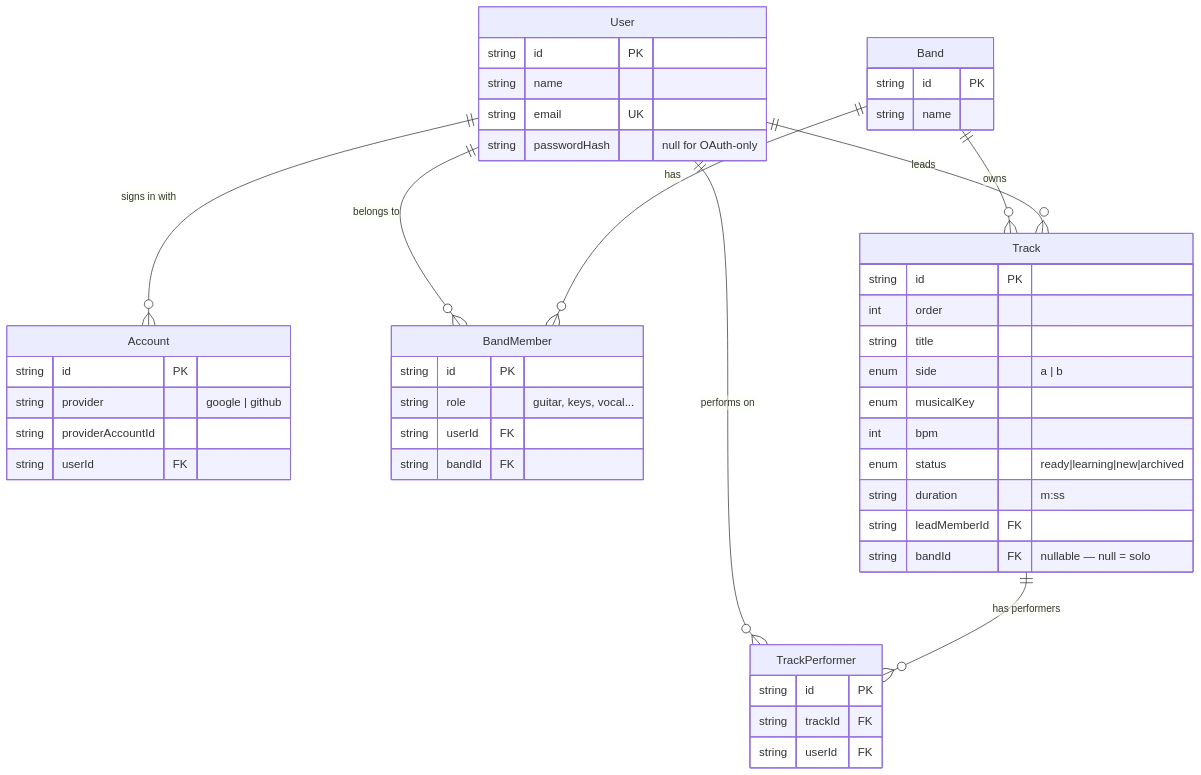
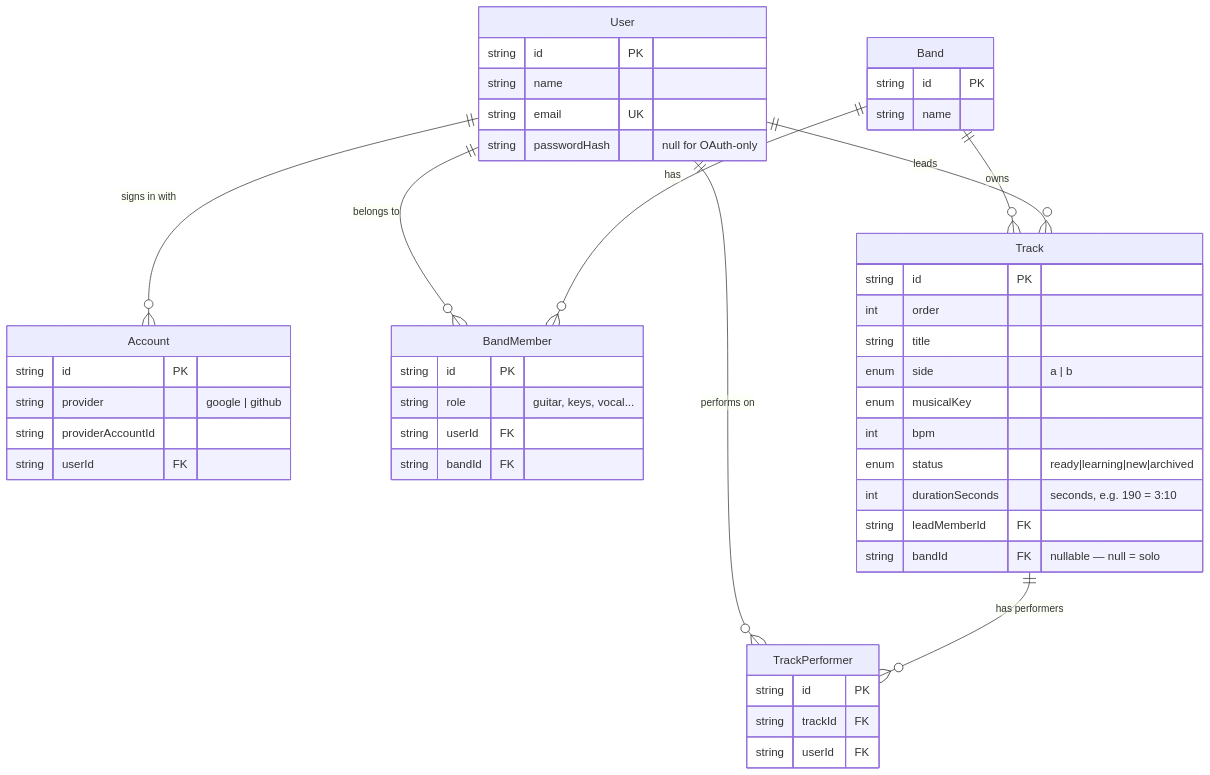
The diagram in docs/architecture/data-model.md (SoliaMarko/nonsololarco), drawn with Mermaid before and after one commit. The commit also changed other lines of this file and 175 other files, not shown here.

````diff
--- a/docs/architecture/data-model.md
+++ b/docs/architecture/data-model.md
@@ -8,55 +8,55 @@
 ```mermaid
 erDiagram
     User ||--o{ Account : "signs in with"
     User ||--o{ BandMember : "belongs to"
     Band ||--o{ BandMember : "has"
     Band ||--o{ Track : "owns"
     User ||--o{ Track : "leads"
     User ||--o{ TrackPerformer : "performs on"
     Track ||--o{ TrackPerformer : "has performers"
 
     User {
         string id PK
         string name
         string email UK
         string passwordHash "null for OAuth-only"
     }
 
     Account {
         string id PK
         string provider "google | github"
         string providerAccountId
         string userId FK
     }
 
     Band {
         string id PK
         string name
     }
 
     BandMember {
         string id PK
         string role "guitar, keys, vocal..."
         string userId FK
         string bandId FK
     }
 
     Track {
         string id PK
         int order
         string title
         enum side "a | b"
         enum musicalKey
         int bpm
         enum status "ready|learning|new|archived"
-        string duration "m:ss"
+        int durationSeconds "seconds, e.g. 190 = 3:10"
         string leadMemberId FK
         string bandId FK "nullable — null = solo"
     }
 
     TrackPerformer {
         string id PK
         string trackId FK
         string userId FK
     }
 ```
````
